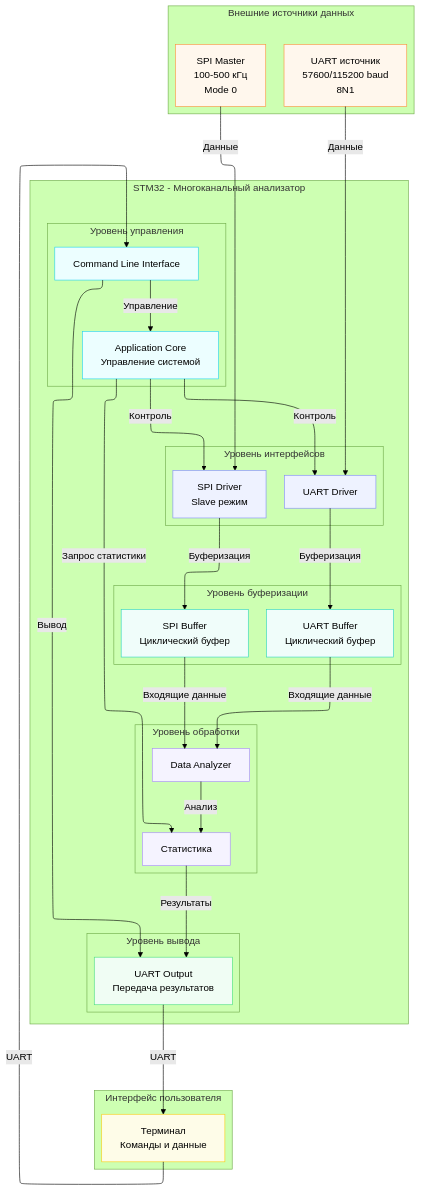
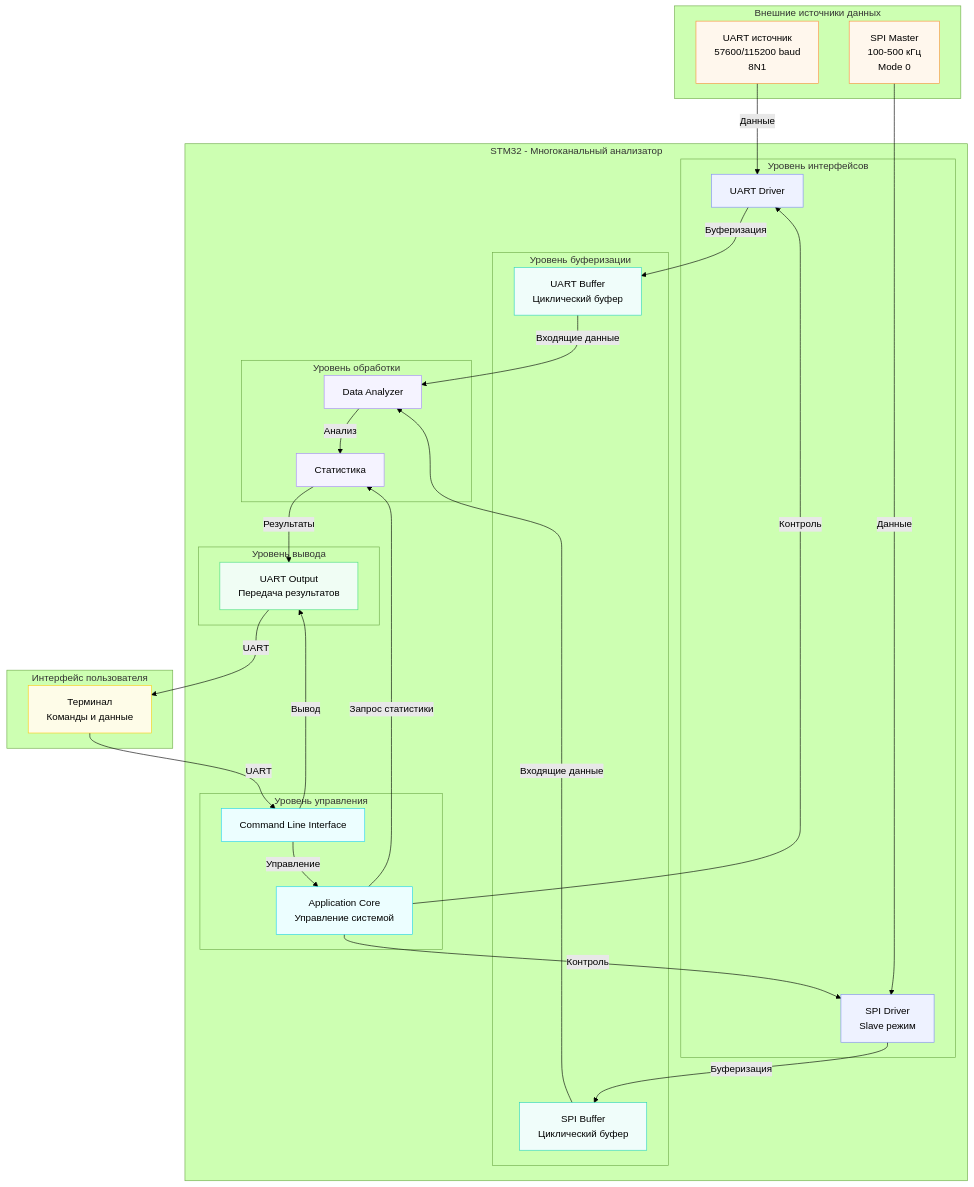
One commit to pablosanie/internship changed the diagram in README.md. Above: the diagram before and after it, drawn with Mermaid (forest theme).

Commit message:
docs: создание логической схемы

````diff
--- a/README.md
+++ b/README.md
@@ -4,79 +9,76 @@
 ```mermaid
----
-config:
-  layout: elk
----
+
 graph TB
     subgraph External["Внешние источники данных"]
         UARTSource["UART источник<br/>57600/115200 baud<br/>8N1"]
         SPISource["SPI Master<br/>100-500 кГц<br/>Mode 0"]
     end
     
     subgraph STM32Device["STM32 - Многоканальный анализатор"]
         subgraph InterfaceLayer["Уровень интерфейсов"]
             UARTDriver["UART Driver"]
             SPIDriver["SPI Driver<br/>Slave режим"]
         end
         
         subgraph BufferLayer["Уровень буферизации"]
             UARTBuffer["UART Buffer<br/>Циклический буфер"]
             SPIBuffer["SPI Buffer<br/>Циклический буфер"]
         end
         
         subgraph ProcessingLayer["Уровень обработки"]
             Analyzer["Data Analyzer"]
             Statistics["Статистика"]
         end
         
         subgraph ControlLayer["Уровень управления"]
             CLI["Command Line Interface"]
             AppCore["Application Core<br/>Управление системой"]
         end
         
         subgraph OutputLayer["Уровень вывода"]
             UARTOutput["UART Output<br/>Передача результатов"]
         end
     end
     
     subgraph UserInterface["Интерфейс пользователя"]
         Terminal["Терминал<br/>Команды и данные"]
     end
     
     UARTSource -->|"Данные"| UARTDriver
     SPISource -->|"Данные"| SPIDriver
     
     UARTDriver -->|"Буферизация"| UARTBuffer
     SPIDriver -->|"Буферизация"| SPIBuffer
     
     UARTBuffer -->|"Входящие данные"| Analyzer
     SPIBuffer -->|"Входящие данные"| Analyzer
     
     Analyzer -->|"Анализ"| Statistics
     
     CLI -->|"Управление"| AppCore
     AppCore -->|"Контроль"| UARTDriver
     AppCore -->|"Контроль"| SPIDriver
     AppCore -->|"Запрос статистики"| Statistics
     
     Statistics -->|"Результаты"| UARTOutput
     CLI -->|"Вывод"| UARTOutput
     
     UARTOutput -->|"UART"| Terminal
     Terminal -->|"UART"| CLI
     
     classDef extSource stroke:#fb923c,fill:#fff7ed
     classDef interface stroke:#818cf8,fill:#eef2ff
     classDef buffer stroke:#2dd4bf,fill:#f0fdfa
     classDef processing stroke:#a78bfa,fill:#f5f3ff
     classDef control stroke:#22d3ee,fill:#ecfeff
     classDef output stroke:#4ade80,fill:#f0fdf4
     classDef user stroke:#facc15,fill:#fefce8
     
     class UARTSource,SPISource extSource
     class UARTDriver,SPIDriver interface
     class UARTBuffer,SPIBuffer buffer
     class Analyzer,Statistics processing
     class CLI,AppCore control
     class UARTOutput output
     class Terminal user
 ```
````
